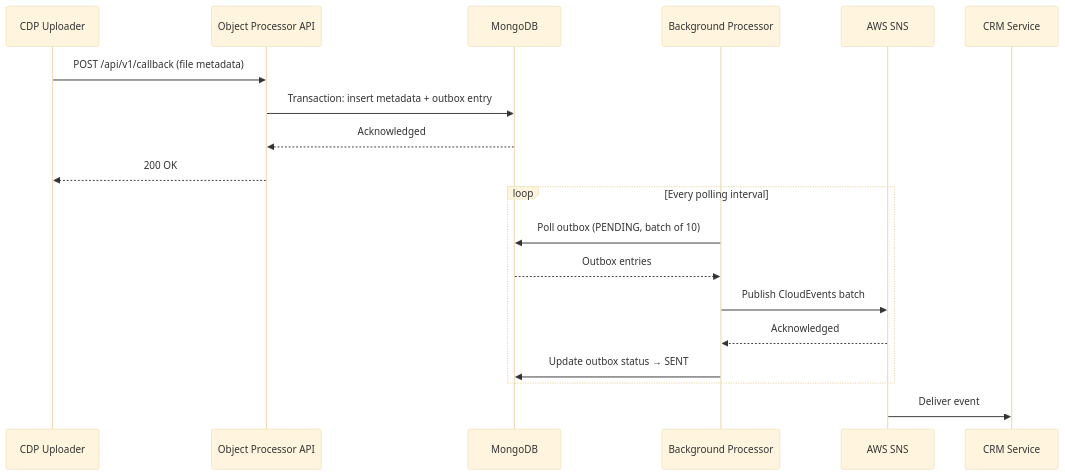
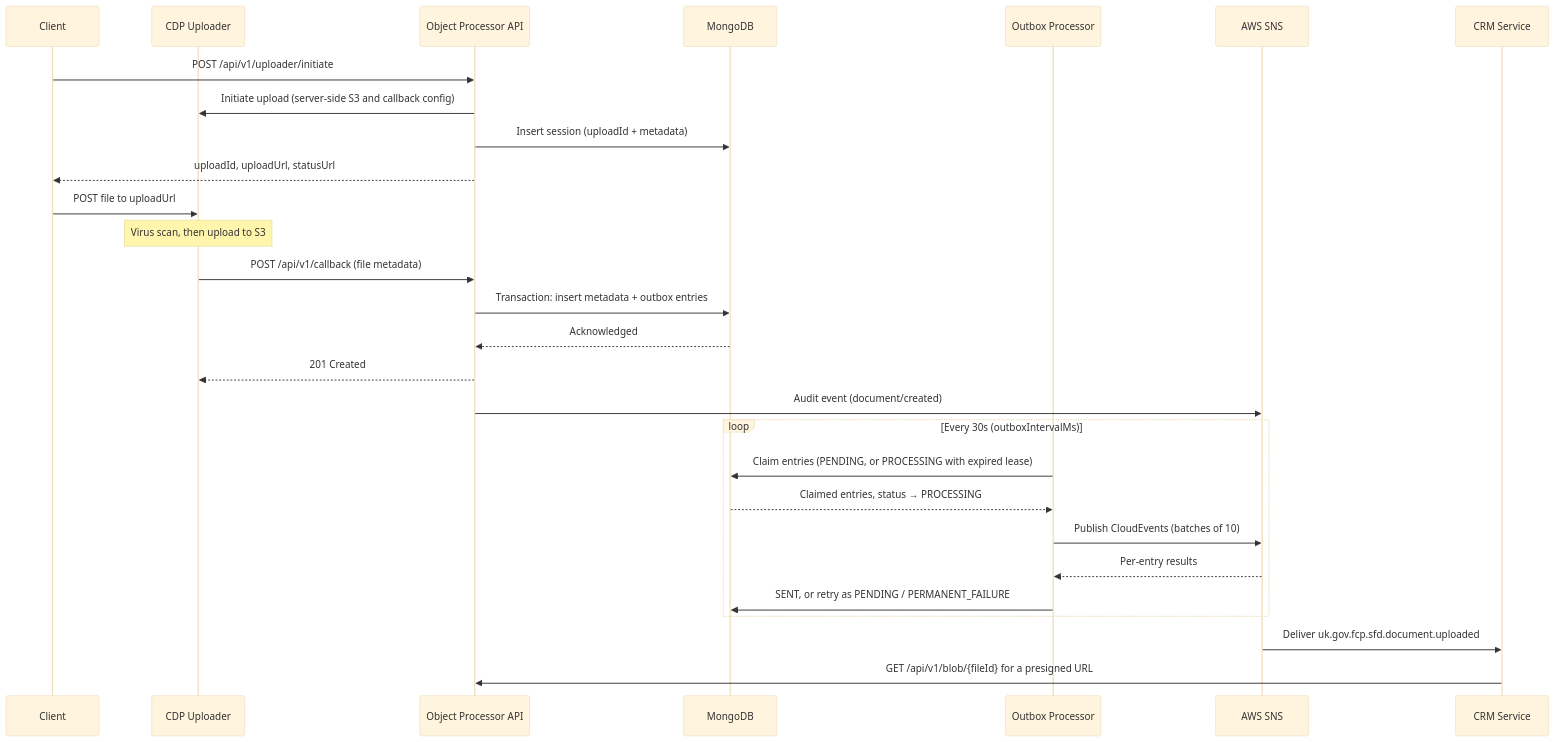
One commit to DEFRA/fcp-sfd-object-processor changed the first of 2 diagrams in README.md. Above: the diagram before and after it, drawn with Mermaid (base theme). The commit also changed other lines of this file, not shown here.

````diff
--- a/README.md
+++ b/README.md
@@ -18,22 +18,31 @@
 ```mermaid
 sequenceDiagram
+    participant C as Client
     participant U as CDP Uploader
     participant API as Object Processor API
     participant DB as MongoDB
-    participant BG as Background Processor
+    participant BG as Outbox Processor
     participant SNS as AWS SNS
     participant CRM as CRM Service
 
+    C->>API: POST /api/v1/uploader/initiate
+    API->>U: Initiate upload (server-side S3 and callback config)
+    API->>DB: Insert session (uploadId + metadata)
+    API-->>C: uploadId, uploadUrl, statusUrl
+    C->>U: POST file to uploadUrl
+    Note over U: Virus scan, then upload to S3
     U->>API: POST /api/v1/callback (file metadata)
-    API->>DB: Transaction: insert metadata + outbox entry
+    API->>DB: Transaction: insert metadata + outbox entries
     DB-->>API: Acknowledged
-    API-->>U: 200 OK
-    loop Every polling interval
-        BG->>DB: Poll outbox (PENDING, batch of 10)
-        DB-->>BG: Outbox entries
-        BG->>SNS: Publish CloudEvents batch
-        SNS-->>BG: Acknowledged
-        BG->>DB: Update outbox status → SENT
+    API-->>U: 201 Created
+    API->>SNS: Audit event (document/created)
+    loop Every 30s (outboxIntervalMs)
+        BG->>DB: Claim entries (PENDING, or PROCESSING with expired lease)
+        DB-->>BG: Claimed entries, status → PROCESSING
+        BG->>SNS: Publish CloudEvents (batches of 10)
+        SNS-->>BG: Per-entry results
+        BG->>DB: SENT, or retry as PENDING / PERMANENT_FAILURE
     end
-    SNS->>CRM: Deliver event
+    SNS->>CRM: Deliver uk.gov.fcp.sfd.document.uploaded
+    CRM->>API: GET /api/v1/blob/{fileId} for a presigned URL
 ```
````
